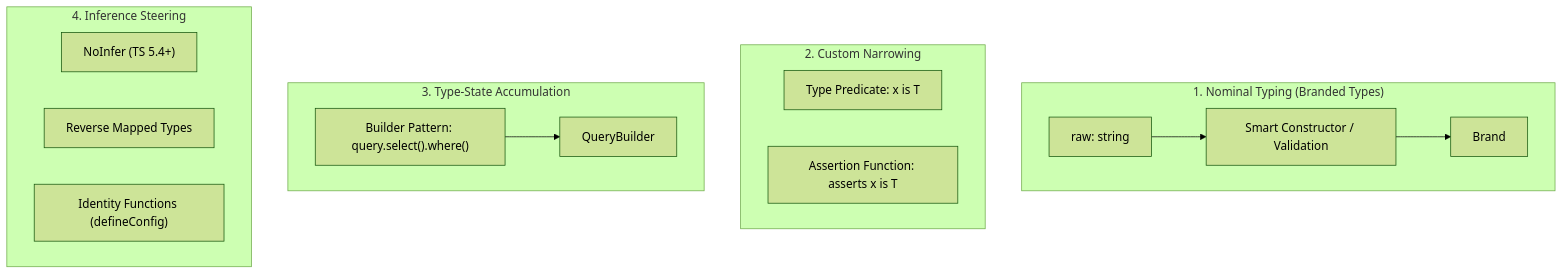
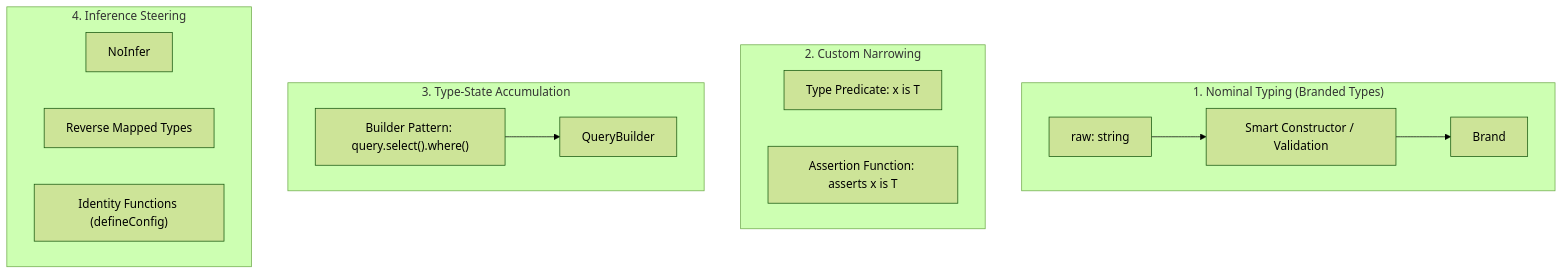
Before and after one commit to espoem/zero-to-one: the diagram in languages/typescript/modules/10-type-safe-api-design-patterns.md, drawn with Mermaid (forest theme). The commit also changed other lines of this file and 3 other files, not shown here.

````diff
--- a/languages/typescript/modules/10-type-safe-api-design-patterns.md
+++ b/languages/typescript/modules/10-type-safe-api-design-patterns.md
@@ -12,24 +14,24 @@
 ```mermaid
 flowchart TD
     subgraph NominalDomain["1. Nominal Typing (Branded Types)"]
         RawStr["raw: string"] --> SmartConst["Smart Constructor / Validation"]
         SmartConst --> Brand["Brand<string, 'UserId'>"]
     end
 
     subgraph ControlFlow["2. Custom Narrowing"]
         Pred["Type Predicate: x is T"]
         Assert["Assertion Function: asserts x is T"]
     end
 
     subgraph StateAccumulation["3. Type-State Accumulation"]
         Builder["Builder Pattern: query.select().where()"]
         TypeState["QueryBuilder<TSelected, TWhere>"]
         Builder --> TypeState
     end
 
     subgraph InferenceControl["4. Inference Steering"]
-        NoInfer["NoInfer<T> (TS 5.4+)"]
+        NoInfer["NoInfer<T>"]
         Reverse["Reverse Mapped Types"]
         Ident["Identity Functions (defineConfig)"]
     end
 ```
````
